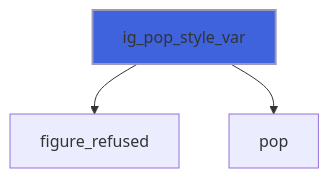
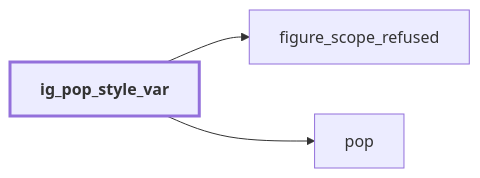
One commit to szaghi/figure changed diagram 13 of 44 in docs/api/src/lib/figure_style.md. Above: the diagram before and after it, drawn with Mermaid. The commit also changed other lines of this file and 54 other files, not shown here.

````diff
--- a/docs/api/src/lib/figure_style.md
+++ b/docs/api/src/lib/figure_style.md
@@ -481,6 +562,9 @@
 ```mermaid
-flowchart TD
-  ig_pop_style_var["ig_pop_style_var"] --> figure_refused["figure_refused"]
+flowchart LR
+  ig_pop_style_var["ig_pop_style_var"] --> figure_scope_refused["figure_scope_refused"]
   ig_pop_style_var["ig_pop_style_var"] --> pop["pop"]
-  style ig_pop_style_var fill:#3e63dd,stroke:#99b,stroke-width:2px
+  classDef focus stroke-width:3px,font-weight:bold
+  class ig_pop_style_var focus
+  click figure_scope_refused href "figure_base.html#figure-scope-refused" "figure_scope_refused"
+  click pop href "#pop" "pop"
 ```
````
